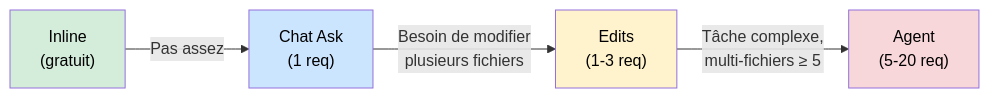
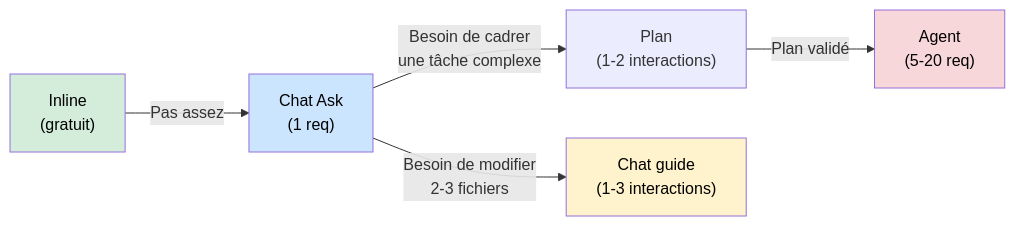
Before and after one commit to FTurleque/doc-utilisation-ia: the first of 3 diagrams in docs/chapitre-12-couts-gouvernance/workflow-recommande.md, drawn with Mermaid. The commit also changed other lines of this file and 30 other files, not shown here.

````diff
--- a/docs/chapitre-12-couts-gouvernance/workflow-recommande.md
+++ b/docs/chapitre-12-couts-gouvernance/workflow-recommande.md
@@ -16,11 +16,12 @@
 ```mermaid
 graph LR
     A["Inline\n(gratuit)"] -->|"Pas assez"| B["Chat Ask\n(1 req)"]
-    B -->|"Besoin de modifier\nplusieurs fichiers"| C["Edits\n(1-3 req)"]
-    C -->|"Tâche complexe,\nmulti-fichiers ≥ 5"| D["Agent\n(5-20 req)"]
+    B -->|"Besoin de cadrer\nune tâche complexe"| P["Plan\n(1-2 interactions)"]
+    P -->|"Plan validé"| D["Agent\n(5-20 req)"]
+    B -->|"Besoin de modifier\n2-3 fichiers"| C["Chat guide\n(1-3 interactions)"]
 
     style A fill:#d4edda,color:#000
     style B fill:#cce5ff,color:#000
     style C fill:#fff3cd,color:#000
     style D fill:#f8d7da,color:#000
 ```
````
